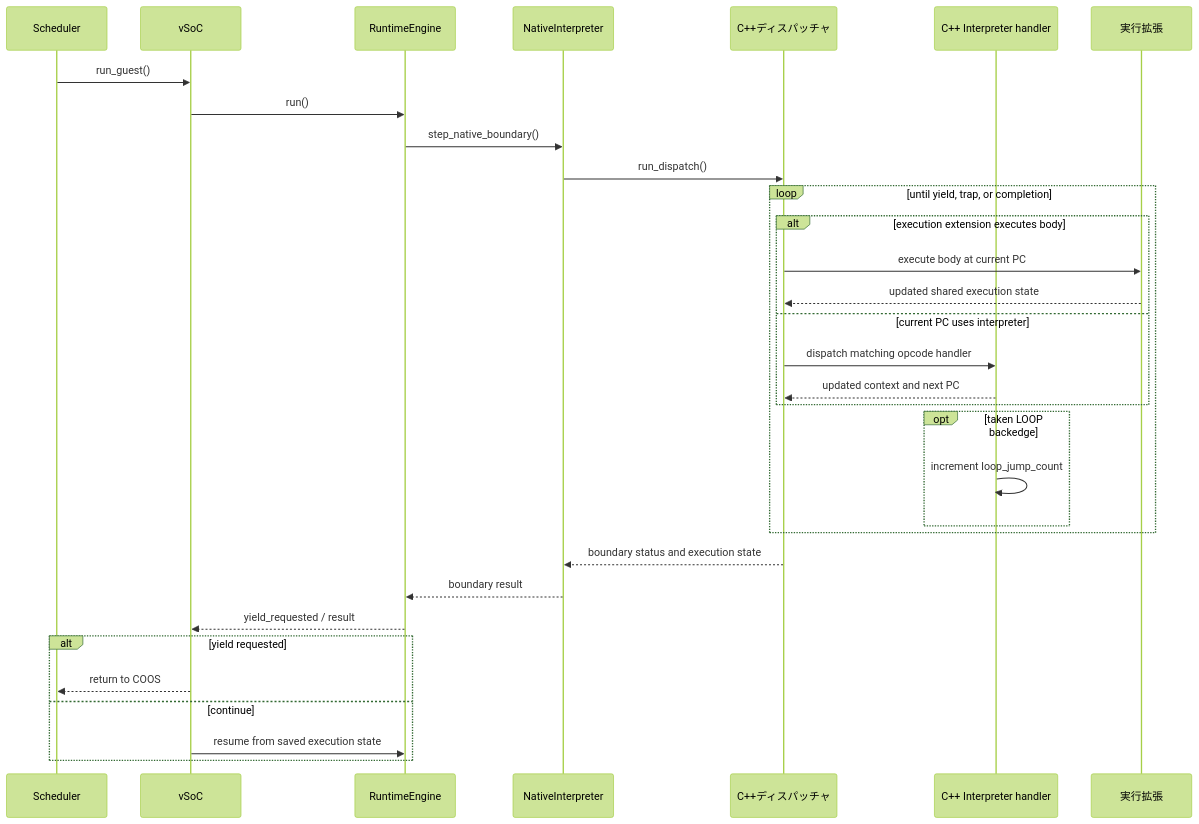
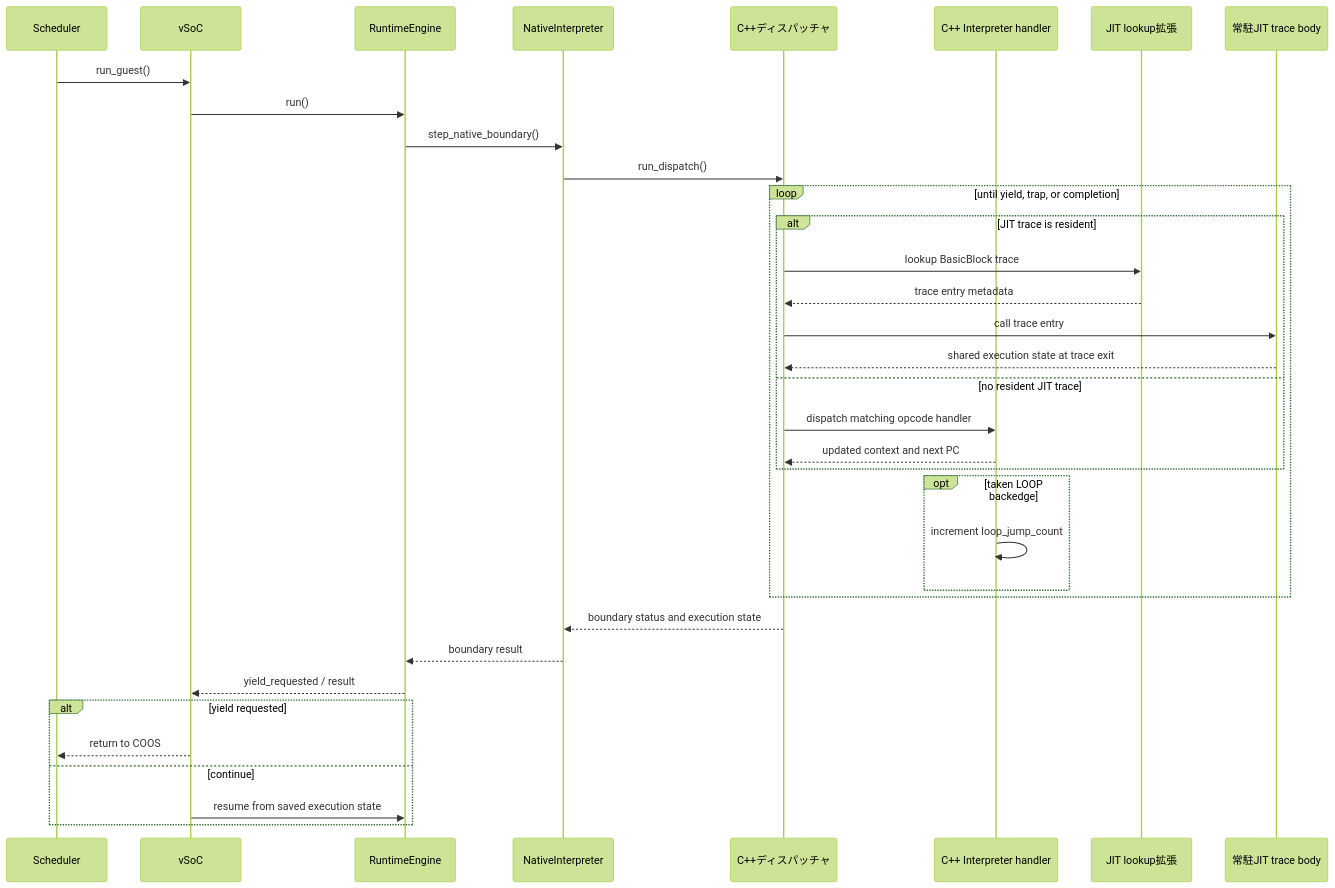
Before and after one commit to kmt-t/fireball: the third of 7 diagrams in docs/components/tier2_runtime/runtime_vsoc.md, drawn with Mermaid (forest theme). The commit also changed other lines of this file and 74 other files, not shown here.

First line of the commit message:
refactor(runtime): align interpreter and JIT block execution

````diff
--- a/docs/components/tier2_runtime/runtime_vsoc.md
+++ b/docs/components/tier2_runtime/runtime_vsoc.md
@@ -210,35 +207,38 @@
 ```mermaid
 sequenceDiagram
     participant S as Scheduler
     participant V as vSoC
     participant R as RuntimeEngine
     participant I as NativeInterpreter
     participant C as C++ディスパッチャ
     participant H as C++ Interpreter handler
-    participant J as 実行拡張
+    participant J as JIT lookup拡張
+    participant T as 常駐JIT trace body
 
     S->>V: run_guest()
     V->>R: run()
     R->>I: step_native_boundary()
     I->>C: run_dispatch()
     loop until yield, trap, or completion
-        alt execution extension executes body
-            C->>J: execute body at current PC
-            J-->>C: updated shared execution state
-        else current PC uses interpreter
+        alt JIT trace is resident
+            C->>J: lookup BasicBlock trace
+            J-->>C: trace entry metadata
+            C->>T: call trace entry
+            T-->>C: shared execution state at trace exit
+        else no resident JIT trace
             C->>H: dispatch matching opcode handler
             H-->>C: updated context and next PC
         end
         opt taken LOOP backedge
             H->>H: increment loop_jump_count
         end
     end
     C-->>I: boundary status and execution state
     I-->>R: boundary result
     R-->>V: yield_requested / result
     alt yield requested
         V-->>S: return to COOS
     else continue
         V->>R: resume from saved execution state
     end
 ```
````
